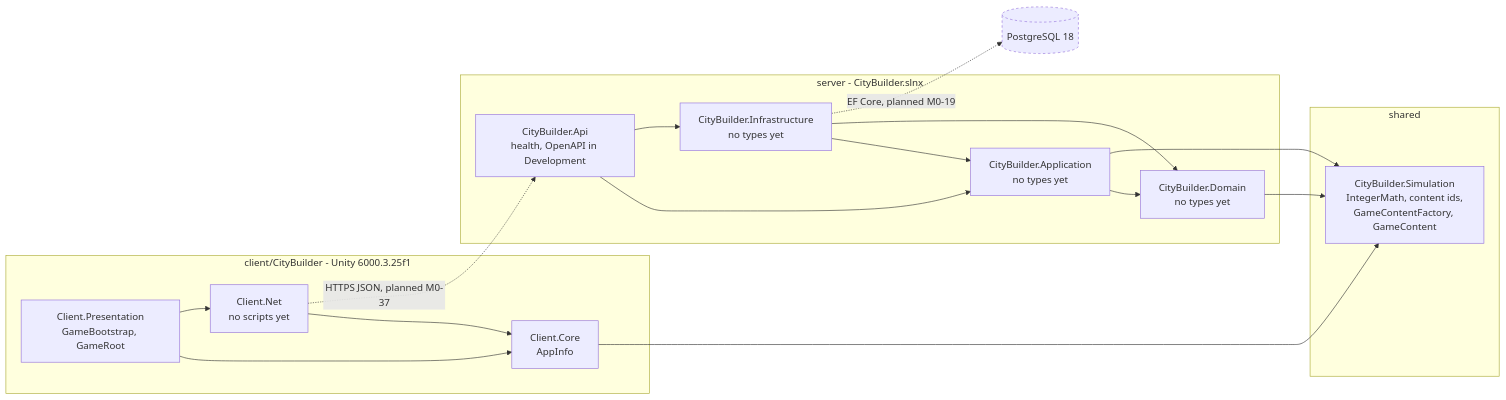
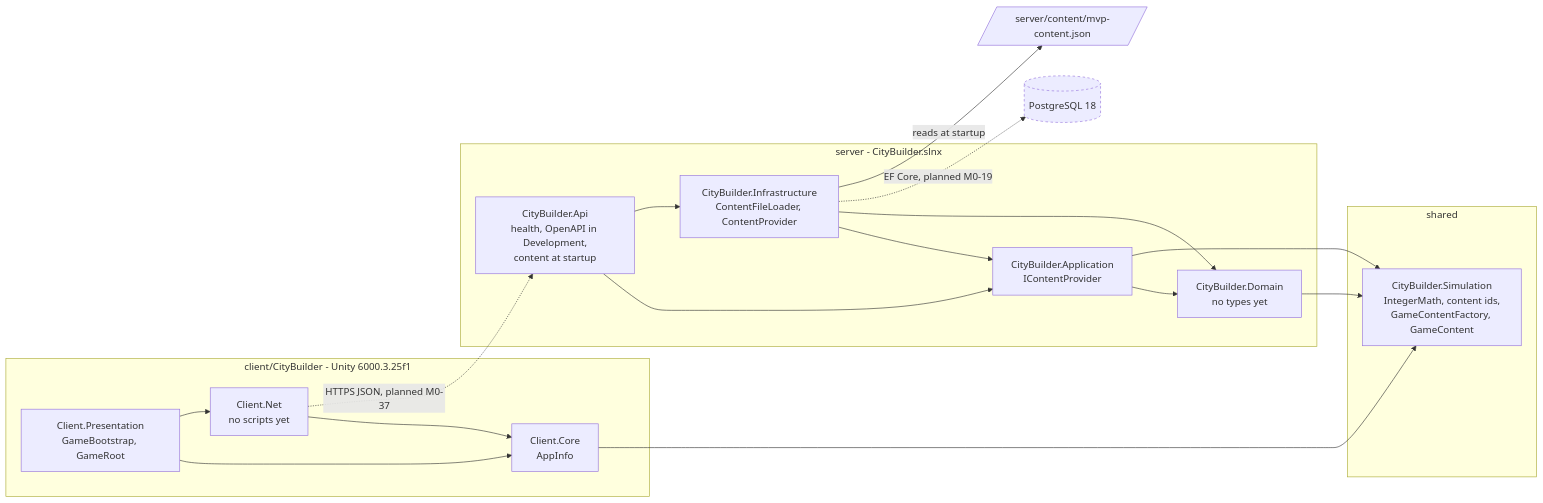
One commit to Samurai-netizen/citybuild changed the diagram in docs/architecture/overview.md. Above: the diagram before and after it, drawn with Mermaid. The commit also changed other lines of this file and 32 other files, not shown here.

First line of the commit message:
feat(M0-07b): content file and server loading (#15)

````diff
--- a/docs/architecture/overview.md
+++ b/docs/architecture/overview.md
@@ -12,33 +13,35 @@
 ```mermaid
 flowchart LR
   subgraph clientside["client/CityBuilder - Unity 6000.3.25f1"]
     PRES["Client.Presentation<br/>GameBootstrap, GameRoot"]
     NET["Client.Net<br/>no scripts yet"]
     CORE["Client.Core<br/>AppInfo"]
   end
   subgraph sharedside["shared"]
     SIM["CityBuilder.Simulation<br/>IntegerMath, content ids,<br/>GameContentFactory, GameContent"]
   end
   subgraph serverside["server - CityBuilder.slnx"]
-    API["CityBuilder.Api<br/>health, OpenAPI in Development"]
-    INF["CityBuilder.Infrastructure<br/>no types yet"]
-    APP["CityBuilder.Application<br/>no types yet"]
+    API["CityBuilder.Api<br/>health, OpenAPI in Development,<br/>content at startup"]
+    INF["CityBuilder.Infrastructure<br/>ContentFileLoader, ContentProvider"]
+    APP["CityBuilder.Application<br/>IContentProvider"]
     DOM["CityBuilder.Domain<br/>no types yet"]
   end
   DB[("PostgreSQL 18")]
+  FILE[/"server/content/mvp-content.json"/]
   PRES --> CORE
   PRES --> NET
   NET --> CORE
   CORE --> SIM
   API --> APP
   API --> INF
   INF --> APP
   INF --> DOM
   APP --> DOM
   APP --> SIM
   DOM --> SIM
   NET -.->|"HTTPS JSON, planned M0-37"| API
   INF -.->|"EF Core, planned M0-19"| DB
+  INF -->|"reads at startup"| FILE
   classDef planned stroke-dasharray: 4 4
   class DB planned
 ```
````
